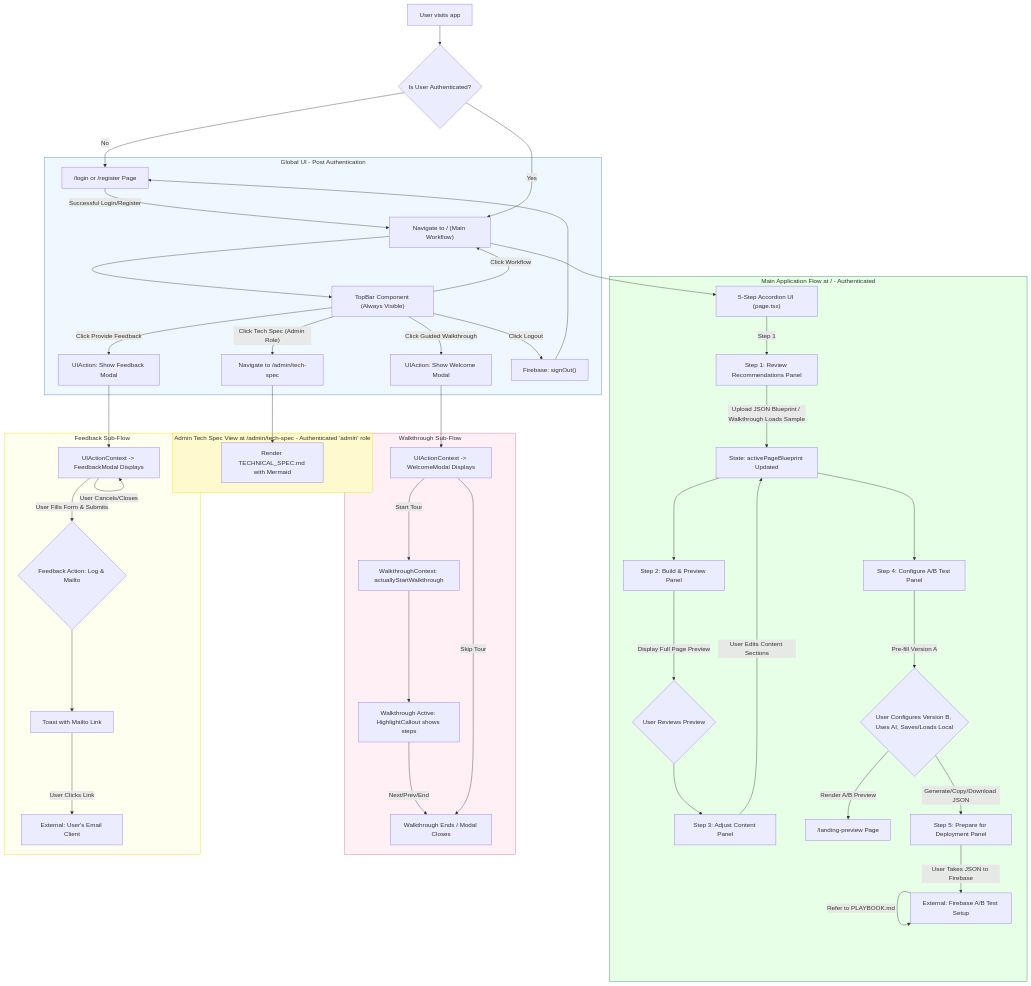
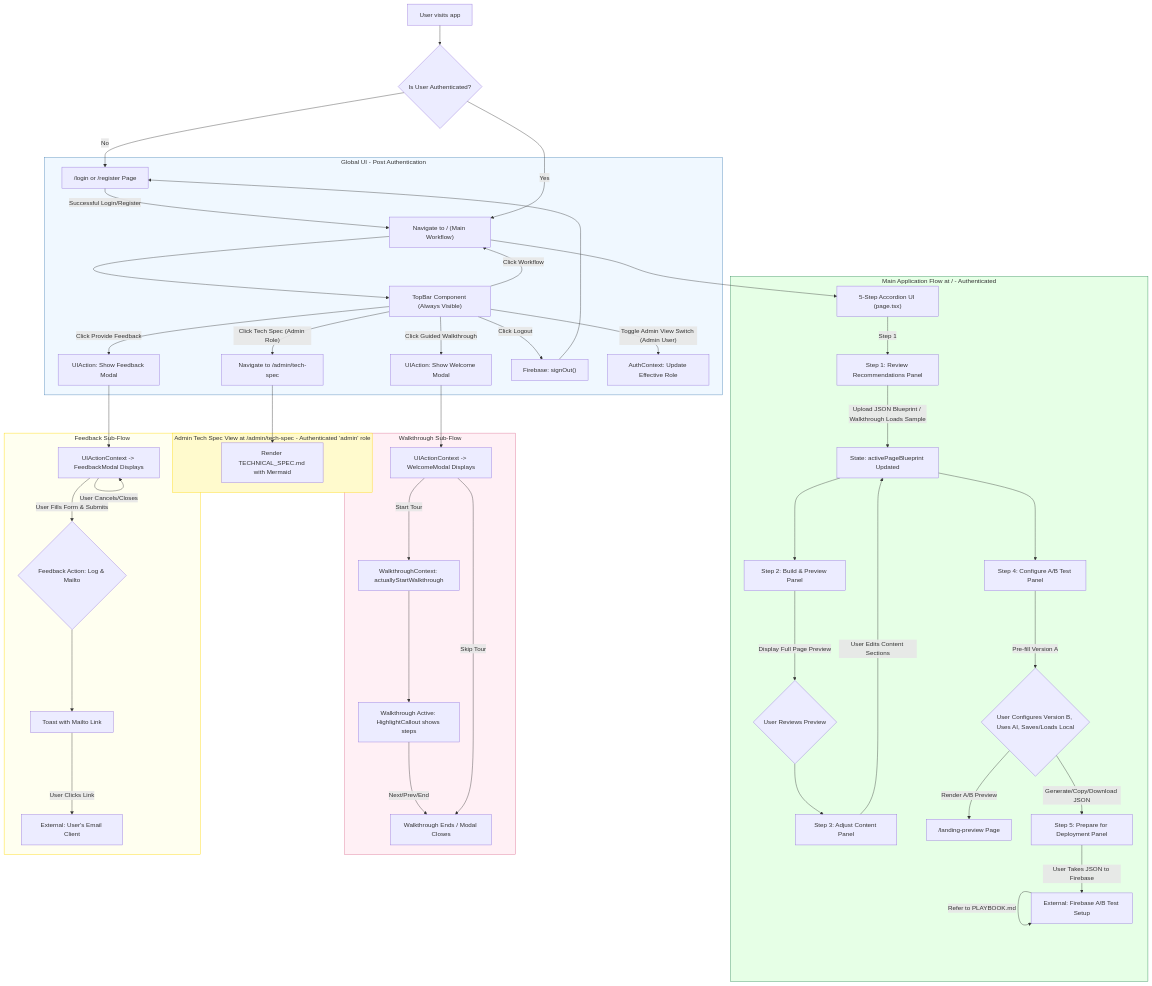
One commit to jason-davey/studio changed the second of 2 diagrams in TECHNICAL_SPEC.md. Above: the diagram before and after it, drawn with Mermaid. The commit also changed other lines of this file and 3 other files, not shown here.

Commit message:
would it be possible to allow me the admin (jason.davey@greenstone.com.au) the function of 'context switching' between 'admin' and 'creator' UI views?

````diff
--- a/TECHNICAL_SPEC.md
+++ b/TECHNICAL_SPEC.md
@@ -414,64 +416,65 @@
 ```mermaid
 graph TD
     UserStart["User visits app"] --> CheckAuth{"Is User Authenticated?"}
     CheckAuth -- No --> LoginPage["/login or /register Page"]
     LoginPage -- Successful Login/Register --> MainAppNav["Navigate to / (Main Workflow)"]
     CheckAuth -- Yes --> MainAppNav
 
     subgraph GlobalUI [Global UI - Post Authentication]
         MainAppNav --> TopBarComp["TopBar Component (Always Visible)"]
         TopBarComp -- Click Workflow --> MainAppNav
         TopBarComp -- Click Tech Spec (Admin Role) --> AdminSpecNav["Navigate to /admin/tech-spec"]
         TopBarComp -- Click Guided Walkthrough --> UIAction_ShowWelcomeModal["UIAction: Show Welcome Modal"]
         TopBarComp -- Click Provide Feedback --> UIAction_ShowFeedbackModal["UIAction: Show Feedback Modal"]
         TopBarComp -- Click Logout --> LogoutAction["Firebase: signOut()"]
+        TopBarComp -- Toggle Admin View Switch (Admin User) --> AuthContextRoleViewChange["AuthContext: Update Effective Role"]
         LogoutAction --> LoginPage
     end
 
     subgraph MainApp [Main Application Flow at / - Authenticated]
         MainAppNav --> AccordionInterface["5-Step Accordion UI (page.tsx)"]
         
         AccordionInterface -- Step 1 --> Step1Panel["Step 1: Review Recommendations Panel"]
         Step1Panel -- Upload JSON Blueprint / Walkthrough Loads Sample --> BlueprintState["State: activePageBlueprint Updated"]
         
         BlueprintState --> Step2Panel["Step 2: Build & Preview Panel"]
         Step2Panel -- Display Full Page Preview --> UserReviewsPreview{"User Reviews Preview"}
         
         UserReviewsPreview --> Step3Panel["Step 3: Adjust Content Panel"]
         Step3Panel -- User Edits Content Sections --> BlueprintState
         
         BlueprintState --> Step4Panel["Step 4: Configure A/B Test Panel"]
         Step4Panel -- Pre-fill Version A --> UserConfiguresAB{"User Configures Version B, Uses AI, Saves/Loads Local"}
         UserConfiguresAB -- Render A/B Preview --> PreviewPage["/landing-preview Page"]
         UserConfiguresAB -- Generate/Copy/Download JSON --> Step5Panel["Step 5: Prepare for Deployment Panel"]
         
         Step5Panel -- User Takes JSON to Firebase --> FirebaseConsoleSetup["External: Firebase A/B Test Setup"]
         FirebaseConsoleSetup -- Refer to PLAYBOOK.md --> FirebaseConsoleSetup
     end
     
     subgraph AdminSpecView [Admin Tech Spec View at /admin/tech-spec - Authenticated 'admin' role]
         AdminSpecNav --> RenderTechSpec["Render TECHNICAL_SPEC.md with Mermaid"]
     end
 
     subgraph WalkthroughFlow [Walkthrough Sub-Flow]
         UIAction_ShowWelcomeModal --> WelcomeModalDisplay["UIActionContext -> WelcomeModal Displays"]
         WelcomeModalDisplay -- Start Tour --> WalkthroughStart["WalkthroughContext: actuallyStartWalkthrough"]
         WalkthroughStart --> WalkthroughActive["Walkthrough Active: HighlightCallout shows steps"]
         WalkthroughActive -- Next/Prev/End --> WalkthroughEnd["Walkthrough Ends / Modal Closes"]
         WelcomeModalDisplay -- Skip Tour --> WalkthroughEnd
     end
 
     subgraph FeedbackFlow [Feedback Sub-Flow]
         UIAction_ShowFeedbackModal --> FeedbackModalDisplay["UIActionContext -> FeedbackModal Displays"]
         FeedbackModalDisplay -- User Fills Form & Submits --> FeedbackAction{"Feedback Action: Log & Mailto"}
         FeedbackAction --> FeedbackToast["Toast with Mailto Link"]
         FeedbackToast -- User Clicks Link --> UserEmailClient_External["External: User's Email Client"]
         FeedbackModalDisplay -- User Cancels/Closes --> FeedbackModalDisplay
     end
 
     style GlobalUI fill:#f0f8ff,stroke:#4682b4
     style MainApp fill:#e6ffe6,stroke:#2e8b57
     style AdminSpecView fill:#fffacd,stroke:#ffd700
     style WalkthroughFlow fill:#fff0f5,stroke:#db7093
     style FeedbackFlow fill:#fffff0,stroke:#ffd700
 ```
````
